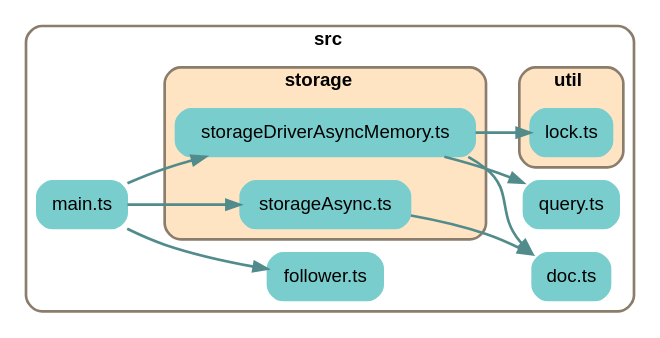
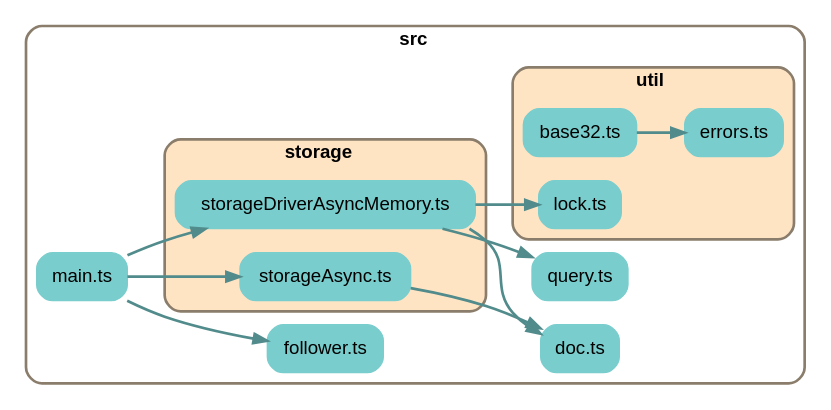
One commit to earthstar-project/earthstar changed the diagram in depchart/depchart.dot. Above: the diagram before and after it, drawn with Graphviz. The commit also changed 4 other files, not shown here.

```diff
--- a/depchart/depchart.dot
+++ b/depchart/depchart.dot
@@ -1,57 +1,60 @@
 
 digraph G {
     //splines=line;
     //splines=polyline;
     splines=true;
     rankdir=LR;
     //newrank=true;
     compound=true;
     graph [fontname = "helvetica"];  // dpi=72
     node [fontname = "helvetica"];
     edge [fontname = "helvetica"];
     
     // files in their folder clusters
 
-    subgraph cluster5430435735 {
+    subgraph cluster9665341910 {
         label=<<b>src</b>>;
         style="rounded";
         color=bisque4;
         penwidth=2;
                 
         "src/doc.ts" [label="doc.ts", shape=rectangle; style="rounded,filled"; color=darkslategray3];
         "src/follower.ts" [label="follower.ts", shape=rectangle; style="rounded,filled"; color=darkslategray3];
         "src/main.ts" [label="main.ts", shape=rectangle; style="rounded,filled"; color=darkslategray3];
         "src/query.ts" [label="query.ts", shape=rectangle; style="rounded,filled"; color=darkslategray3];
 
-        subgraph cluster2012074250 {
+        subgraph cluster7709359912 {
             label=<<b>storage</b>>;
             style="rounded,filled";
             fillcolor=bisque;
             color=bisque4;
             penwidth=2;
                 
             "src/storage/storageAsync.ts" [label="storageAsync.ts", shape=rectangle; style="rounded,filled"; color=darkslategray3];
             "src/storage/storageDriverAsyncMemory.ts" [label="storageDriverAsyncMemory.ts", shape=rectangle; style="rounded,filled"; color=darkslategray3];
         }
 
-        subgraph cluster3984700285 {
+        subgraph cluster2944378225 {
             label=<<b>util</b>>;
             style="rounded,filled";
             fillcolor=bisque;
             color=bisque4;
             penwidth=2;
                 
+            "src/util/base32.ts" [label="base32.ts", shape=rectangle; style="rounded,filled"; color=darkslategray3];
+            "src/util/errors.ts" [label="errors.ts", shape=rectangle; style="rounded,filled"; color=darkslategray3];
             "src/util/lock.ts" [label="lock.ts", shape=rectangle; style="rounded,filled"; color=darkslategray3];
         }
     }
 
     // edges between files
     "src/main.ts" -> "src/follower.ts" [penwidth=2; color=darkslategray4];
     "src/main.ts" -> "src/storage/storageDriverAsyncMemory.ts" [penwidth=2; color=darkslategray4];
     "src/main.ts" -> "src/storage/storageAsync.ts" [penwidth=2; color=darkslategray4];
     "src/storage/storageAsync.ts" -> "src/doc.ts" [penwidth=2; color=darkslategray4];
+    "src/storage/storageDriverAsyncMemory.ts" -> "src/util/lock.ts" [penwidth=2; color=darkslategray4];
     "src/storage/storageDriverAsyncMemory.ts" -> "src/doc.ts" [penwidth=2; color=darkslategray4];
     "src/storage/storageDriverAsyncMemory.ts" -> "src/query.ts" [penwidth=2; color=darkslategray4];
-    "src/storage/storageDriverAsyncMemory.ts" -> "src/util/lock.ts" [penwidth=2; color=darkslategray4];
+    "src/util/base32.ts" -> "src/util/errors.ts" [penwidth=2; color=darkslategray4];
 
 }
```
